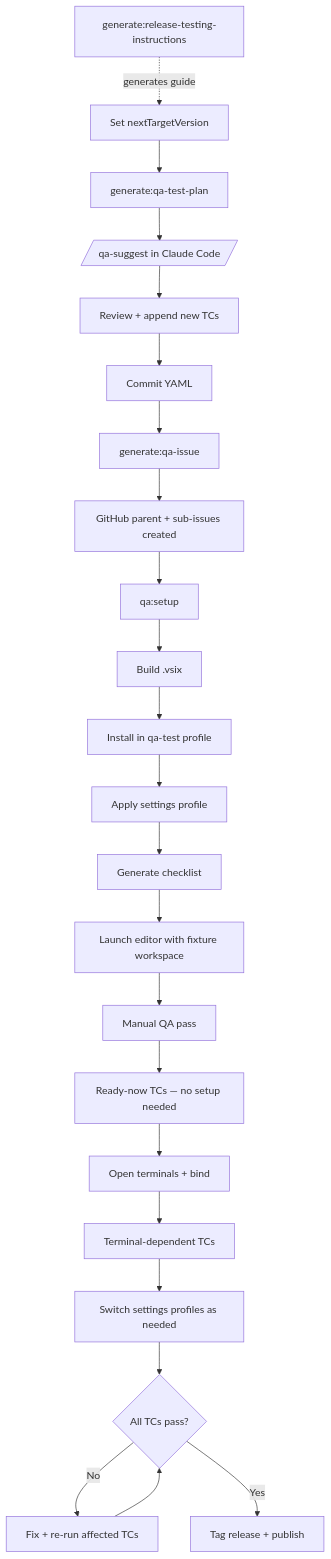
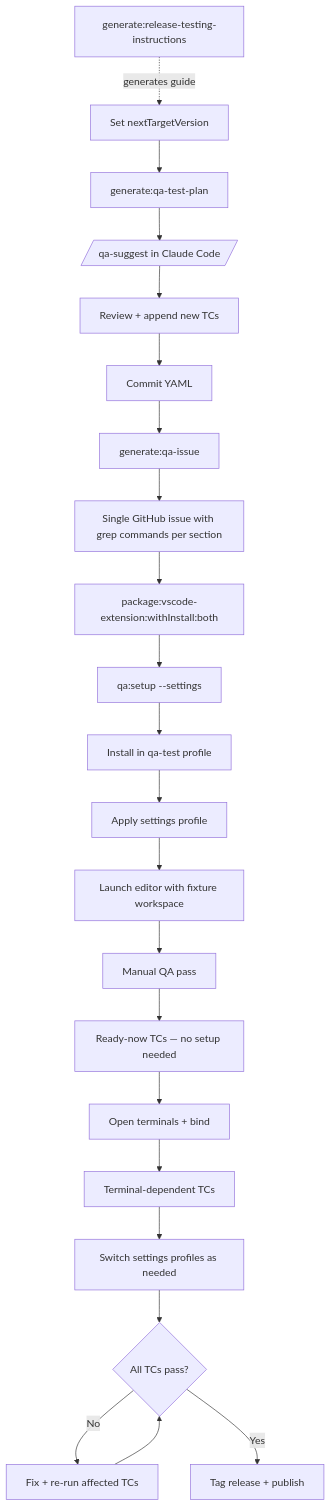
One commit to couimet/rangeLink changed the first of 2 diagrams in packages/rangelink-vscode-extension/TESTING.md. Above: the diagram before and after it, drawn with Mermaid. The commit also changed other lines of this file and 11 other files, not shown here.

First line of the commit message:
[issues/539] QA Checklist Generation Enhancements (#553)

````diff
--- a/packages/rangelink-vscode-extension/TESTING.md
+++ b/packages/rangelink-vscode-extension/TESTING.md
@@ -36,25 +36,24 @@
 ```mermaid
 flowchart TD
     Z[generate:release-testing-instructions] -.->|generates guide| A
     A[Set nextTargetVersion] --> B[generate:qa-test-plan]
     B --> C[/qa-suggest in Claude Code/]
     C --> D[Review + append new TCs]
     D --> E[Commit YAML]
     E --> F[generate:qa-issue]
-    F --> G[GitHub parent + sub-issues created]
-    G --> H[qa:setup]
-    H --> H1[Build .vsix]
+    F --> G[Single GitHub issue with grep commands per section]
+    G --> H[package:vscode-extension:withInstall:both]
+    H --> H1[qa:setup --settings <profile>]
     H1 --> H2[Install in qa-test profile]
     H2 --> H3[Apply settings profile]
-    H3 --> H4[Generate checklist]
-    H4 --> H5[Launch editor with fixture workspace]
-    H5 --> I[Manual QA pass]
+    H3 --> H4[Launch editor with fixture workspace]
+    H4 --> I[Manual QA pass]
     I --> I1[Ready-now TCs — no setup needed]
     I1 --> I2[Open terminals + bind]
     I2 --> I3[Terminal-dependent TCs]
     I3 --> I4[Switch settings profiles as needed]
     I4 --> J{All TCs pass?}
     J -- No --> K[Fix + re-run affected TCs]
     K --> J
     J -- Yes --> L[Tag release + publish]
 ```
````
